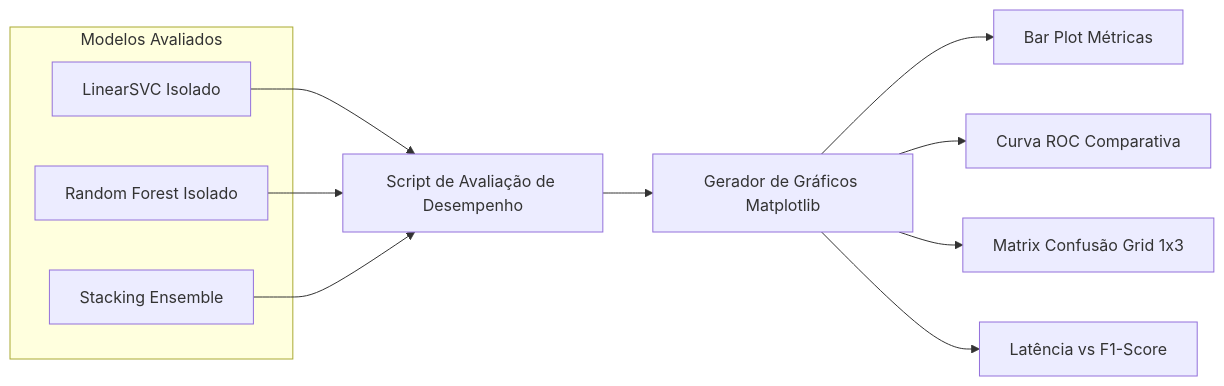
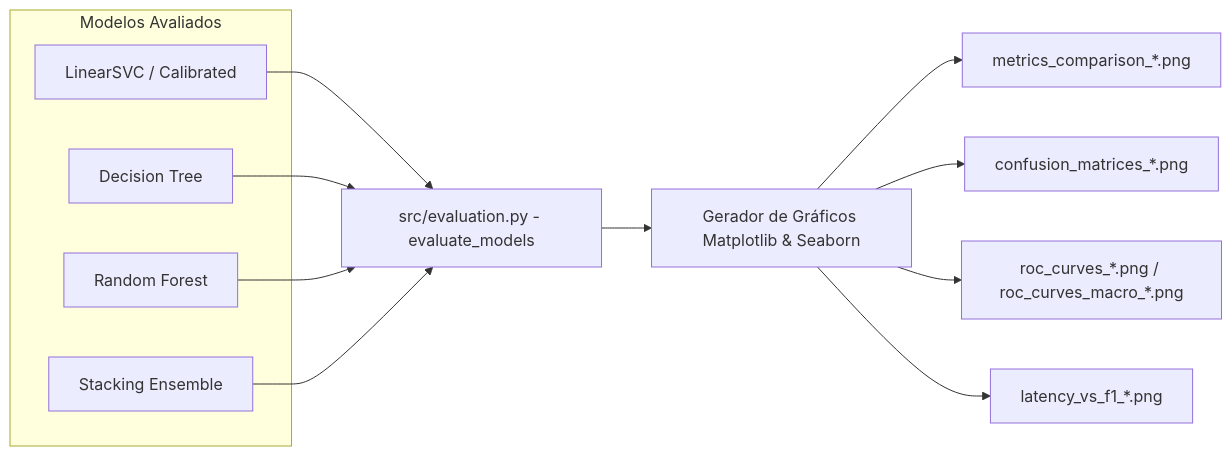
One commit to yyggrasil/AIDS changed the second of 2 diagrams in specs/architecture.md. Above: the diagram before and after it, drawn with Mermaid. The commit also changed other lines of this file and 28 other files, not shown here.

````diff
--- a/specs/architecture.md
+++ b/specs/architecture.md
@@ -127,19 +146,21 @@
 ```mermaid
 flowchart LR
     subgraph Modelos Avaliados
-        M1[LinearSVC Isolado]
-        M2[Random Forest Isolado]
-        M3[Stacking Ensemble]
+        M1[LinearSVC / Calibrated]
+        M2[Decision Tree]
+        M3[Random Forest]
+        M4[Stacking Ensemble]
     end
 
-    M1 --> Ev[Script de Avaliação de Desempenho]
+    M1 --> Ev[src/evaluation.py - evaluate_models]
     M2 --> Ev
     M3 --> Ev
+    M4 --> Ev
 
-    Ev --> Matplotlib[Gerador de Gráficos Matplotlib]
+    Ev --> Matplotlib[Gerador de Gráficos Matplotlib & Seaborn]
 
-    Matplotlib --> G1[Bar Plot Métricas]
-    Matplotlib --> G2[Curva ROC Comparativa]
-    Matplotlib --> G3[Matrix Confusão Grid 1x3]
-    Matplotlib --> G4[Latência vs F1-Score]
+    Matplotlib --> G1[metrics_comparison_*.png]
+    Matplotlib --> G2[confusion_matrices_*.png]
+    Matplotlib --> G3[roc_curves_*.png / roc_curves_macro_*.png]
+    Matplotlib --> G4[latency_vs_f1_*.png]
 ```
````
